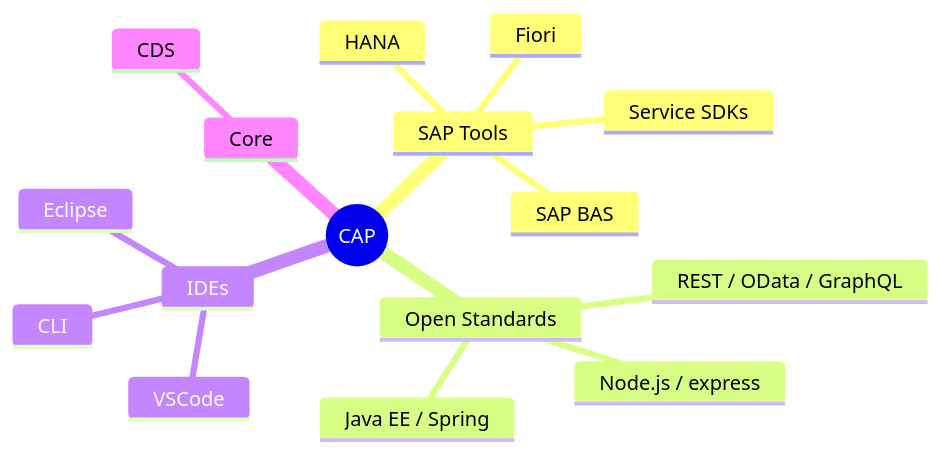
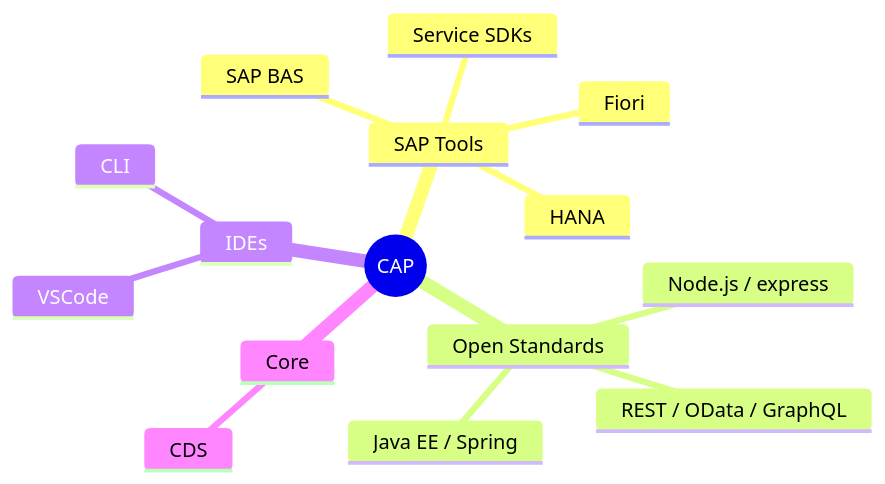
Before and after one commit to SAP-samples/cap-hana-exercises-codejam: the first of 7 diagrams in slides/CAP.md, drawn with Mermaid. The commit also changed other lines of this file, not shown here.

Commit message:
docs: update CAP.md to enhance clarity and structure, including improved diagrams and streamlined content

````diff
--- a/slides/CAP.md
+++ b/slides/CAP.md
@@ -33,19 +33,19 @@
 ```mermaid
+%%{init: {'theme': 'default'}}%%
 mindmap
   root((CAP))
     SAP Tools
       SAP BAS
       HANA
       Fiori
       Service SDKs
     Open Standards
       REST / OData / GraphQL
       Node.js / express
       Java EE / Spring
-    IDEs
-      Eclipse
+    IDEs      
       VSCode
       CLI
     Core
       CDS
 ```
````
